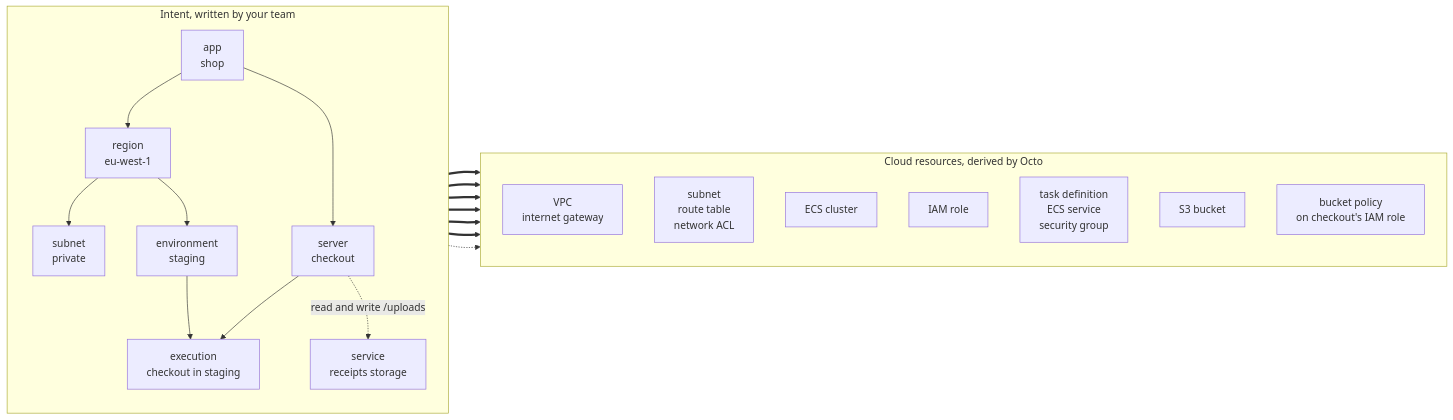
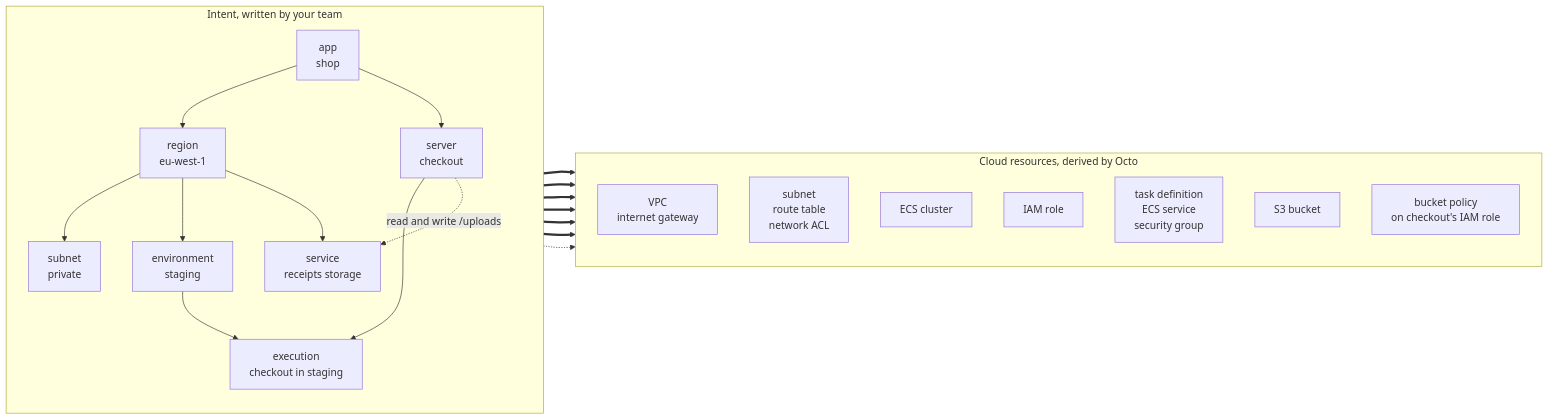
One commit to quadnix/octo changed the diagram in apps/octo-docs/docs/introduction.mdx. Above: the diagram before and after it, drawn with Mermaid. The commit also changed 9 other files, not shown here.

Commit message:
chore(docs): octo | place a service under any parents with a type and label, and put the static website in a serverless region.

````diff
--- a/apps/octo-docs/docs/introduction.mdx
+++ b/apps/octo-docs/docs/introduction.mdx
@@ -58,40 +58,41 @@
 ```mermaid
 graph LR
 ;
     subgraph written["Intent, written by your team"]
         direction TB;
         app["app<br/>shop"];
         region["region<br/>eu-west-1"];
         subnet["subnet<br/>private"];
         environment["environment<br/>staging"];
         server["server<br/>checkout"];
         execution["execution<br/>checkout in staging"];
         service["service<br/>receipts storage"];
         app --> region;
         region --> subnet;
         region --> environment;
         app --> server;
         server --> execution;
         environment --> execution;
+        region --> service;
         server -. " read and write /uploads " .-> service;
     end
 
     subgraph derived["Cloud resources, derived by Octo"]
         direction TB;
         regionR["VPC<br/>internet gateway"];
         subnetR["subnet<br/>route table<br/>network ACL"];
         environmentR["ECS cluster"];
         serverR["IAM role"];
         executionR["task definition<br/>ECS service<br/>security group"];
         serviceR["S3 bucket"];
         policyR["bucket policy<br/>on checkout's IAM role"];
     end
 
     region ==> regionR;
     subnet ==> subnetR;
     environment ==> environmentR;
     server ==> serverR;
     execution ==> executionR;
     service ==> serviceR;
     server -.-> policyR;
 ```
````
